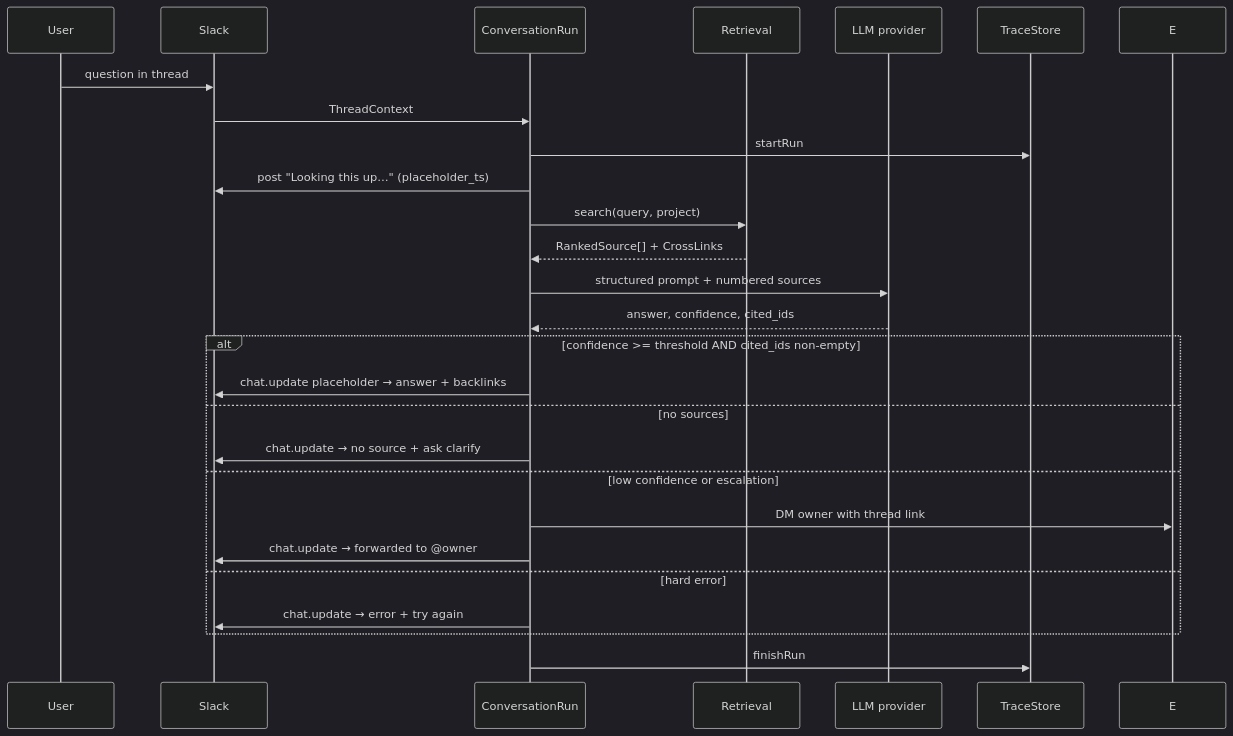
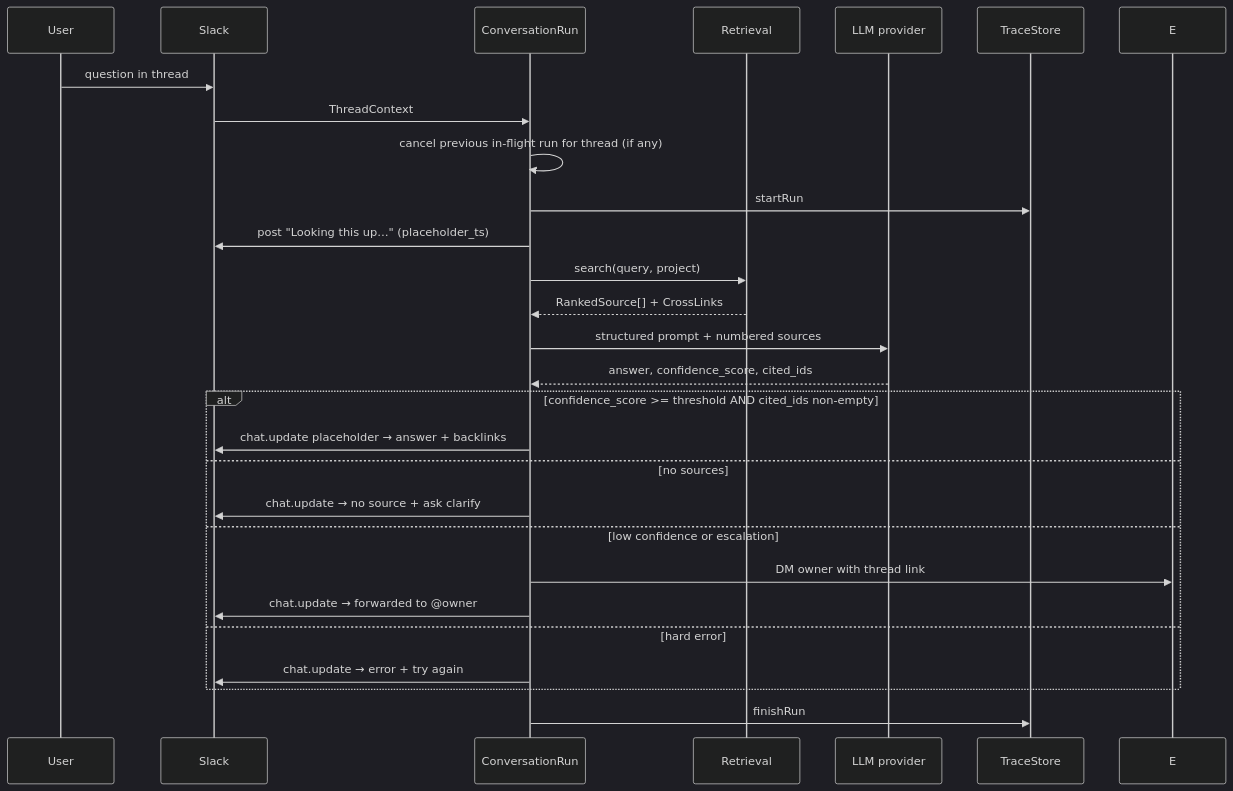
One commit to TeddySabatier/Pieuvre changed the eighth of 10 diagrams in docs/PHASES.md. Above: the diagram before and after it, drawn with Mermaid (dark theme). The commit also changed other lines of this file and 2 other files, not shown here.

````diff
--- a/docs/PHASES.md
+++ b/docs/PHASES.md
@@ -364,29 +370,30 @@
 ```mermaid
 sequenceDiagram
     participant U as User
     participant S as Slack
     participant CR as ConversationRun
     participant RET as Retrieval
     participant LLM as LLM provider
     participant TR as TraceStore
 
     U->>S: question in thread
     S->>CR: ThreadContext
+    CR->>CR: cancel previous in-flight run for thread (if any)
     CR->>TR: startRun
     CR->>S: post "Looking this up…" (placeholder_ts)
     CR->>RET: search(query, project)
     RET-->>CR: RankedSource[] + CrossLinks
     CR->>LLM: structured prompt + numbered sources
-    LLM-->>CR: answer, confidence, cited_ids
-    alt confidence >= threshold AND cited_ids non-empty
+    LLM-->>CR: answer, confidence_score, cited_ids
+    alt confidence_score >= threshold AND cited_ids non-empty
         CR->>S: chat.update placeholder → answer + backlinks
     else no sources
         CR->>S: chat.update → no source + ask clarify
     else low confidence or escalation
         CR->>E: DM owner with thread link
         CR->>S: chat.update → forwarded to @owner
     else hard error
         CR->>S: chat.update → error + try again
     end
     CR->>TR: finishRun
 ```
````
